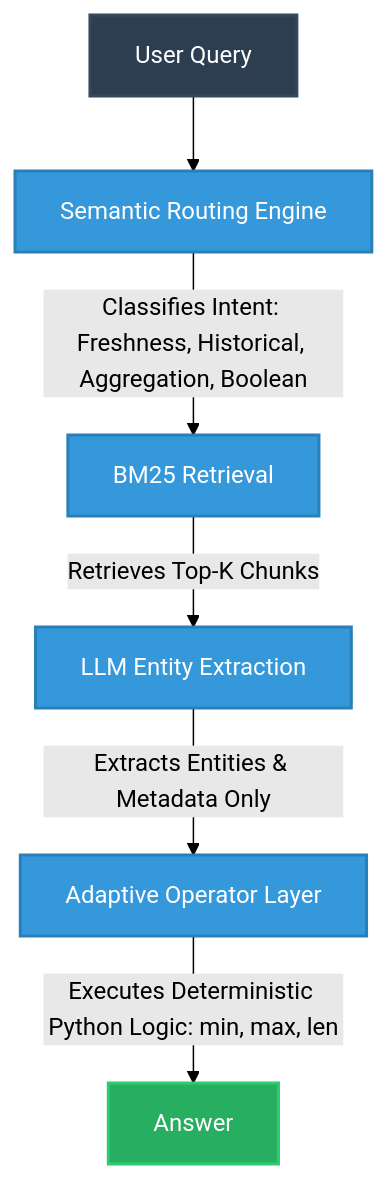
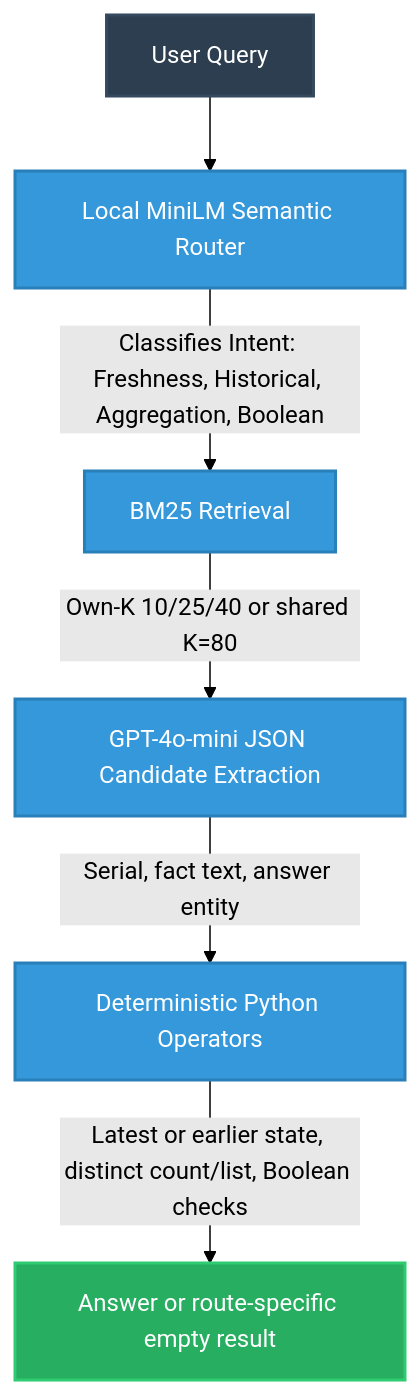
Before and after one commit to 0xmaster7/Aletheia: the diagram in paper/diagrams/diagram1_architecture.mmd, drawn with Mermaid (forest theme). The commit also changed 21 other files, not shown here.

Commit message:
Align documentation and offline checks with final native-router paper

```diff
--- a/paper/diagrams/diagram1_architecture.mmd
+++ b/paper/diagrams/diagram1_architecture.mmd
@@ -1,11 +1,11 @@
-%% Original embedding-router design only; final-v3 and later synthetic evaluations use an LLM planner.
+%% Final paper Figure 1: native embedding-router path, not the archived LLM planner.
 graph TD
     classDef main fill:#2c3e50,stroke:#34495e,stroke-width:2px,color:#fff;
     classDef process fill:#3498db,stroke:#2980b9,stroke-width:2px,color:#fff;
     classDef output fill:#27ae60,stroke:#2ecc71,stroke-width:2px,color:#fff;
 
-    Q[User Query]:::main --> SR[Semantic Routing Engine]:::process
+    Q[User Query]:::main --> SR[Local MiniLM Semantic Router]:::process
     SR -->|Classifies Intent: Freshness, Historical, Aggregation, Boolean| BM[BM25 Retrieval]:::process
-    BM -->|Retrieves Top-K Chunks| LLM[LLM Entity Extraction]:::process
-    LLM -->|Extracts Entities & Metadata Only| AOL[Adaptive Operator Layer]:::process
-    AOL -->|Executes Deterministic Python Logic: min, max, len| Ans[Answer]:::output
+    BM -->|Own-K 10/25/40 or shared K=80| LLM[GPT-4o-mini JSON Candidate Extraction]:::process
+    LLM -->|Serial, fact text, answer entity| AOL[Deterministic Python Operators]:::process
+    AOL -->|Latest or earlier state, distinct count/list, Boolean checks| Ans[Answer or route-specific empty result]:::output
```
